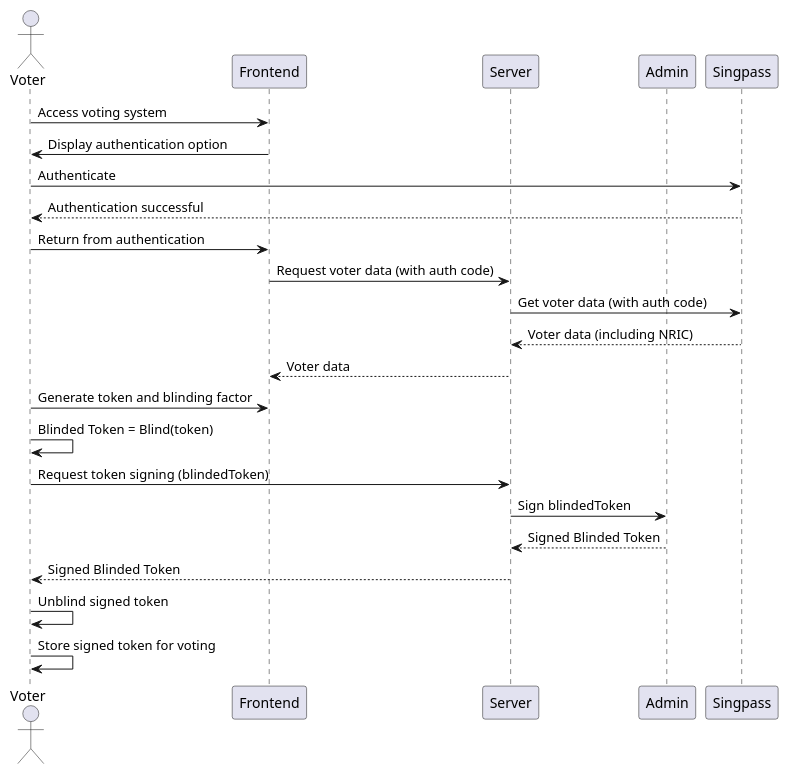
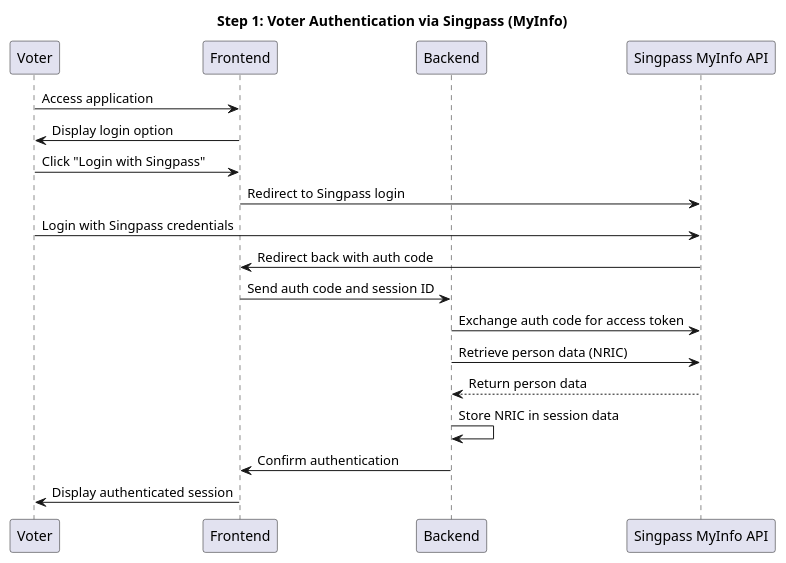
One commit to winston-lim/blockchain-voting changed the diagram in documentation/plantuml/voter-registration.plantuml. Above: the diagram before and after it, drawn with PlantUML. The commit also changed 25 other files, not shown here.

```diff
--- a/documentation/plantuml/voter-registration.plantuml
+++ b/documentation/plantuml/voter-registration.plantuml
@@ -1,25 +1,23 @@
 @startuml
-actor Voter
+title Step 1: Voter Authentication via Singpass (MyInfo)
+
+participant Voter
 participant Frontend
-participant Server
-participant Admin
-participant Singpass
+participant Backend
+participant "Singpass MyInfo API" as MyInfo
 
-Voter -> Frontend: Access voting system
-Frontend -> Voter: Display authentication option
-Voter -> Singpass: Authenticate
-Singpass --> Voter: Authentication successful
-Voter -> Frontend: Return from authentication
-Frontend -> Server: Request voter data (with auth code)
-Server -> Singpass: Get voter data (with auth code)
-Singpass --> Server: Voter data (including NRIC)
-Server --> Frontend: Voter data
-Voter -> Frontend: Generate token and blinding factor
-Voter -> Voter: Blinded Token = Blind(token)
-Voter -> Server: Request token signing (blindedToken)
-Server -> Admin: Sign blindedToken
-Admin --> Server: Signed Blinded Token
-Server --> Voter: Signed Blinded Token
-Voter -> Voter: Unblind signed token
-Voter -> Voter: Store signed token for voting
+Voter -> Frontend: Access application
+Frontend -> Voter: Display login option
+Voter -> Frontend: Click "Login with Singpass"
+Frontend -> MyInfo: Redirect to Singpass login
+Voter -> MyInfo: Login with Singpass credentials
+MyInfo -> Frontend: Redirect back with auth code
+Frontend -> Backend: Send auth code and session ID
+Backend -> MyInfo: Exchange auth code for access token
+Backend -> MyInfo: Retrieve person data (NRIC)
+MyInfo --> Backend: Return person data
+Backend -> Backend: Store NRIC in session data
+Backend -> Frontend: Confirm authentication
+Frontend -> Voter: Display authenticated session
+
 @enduml
```
